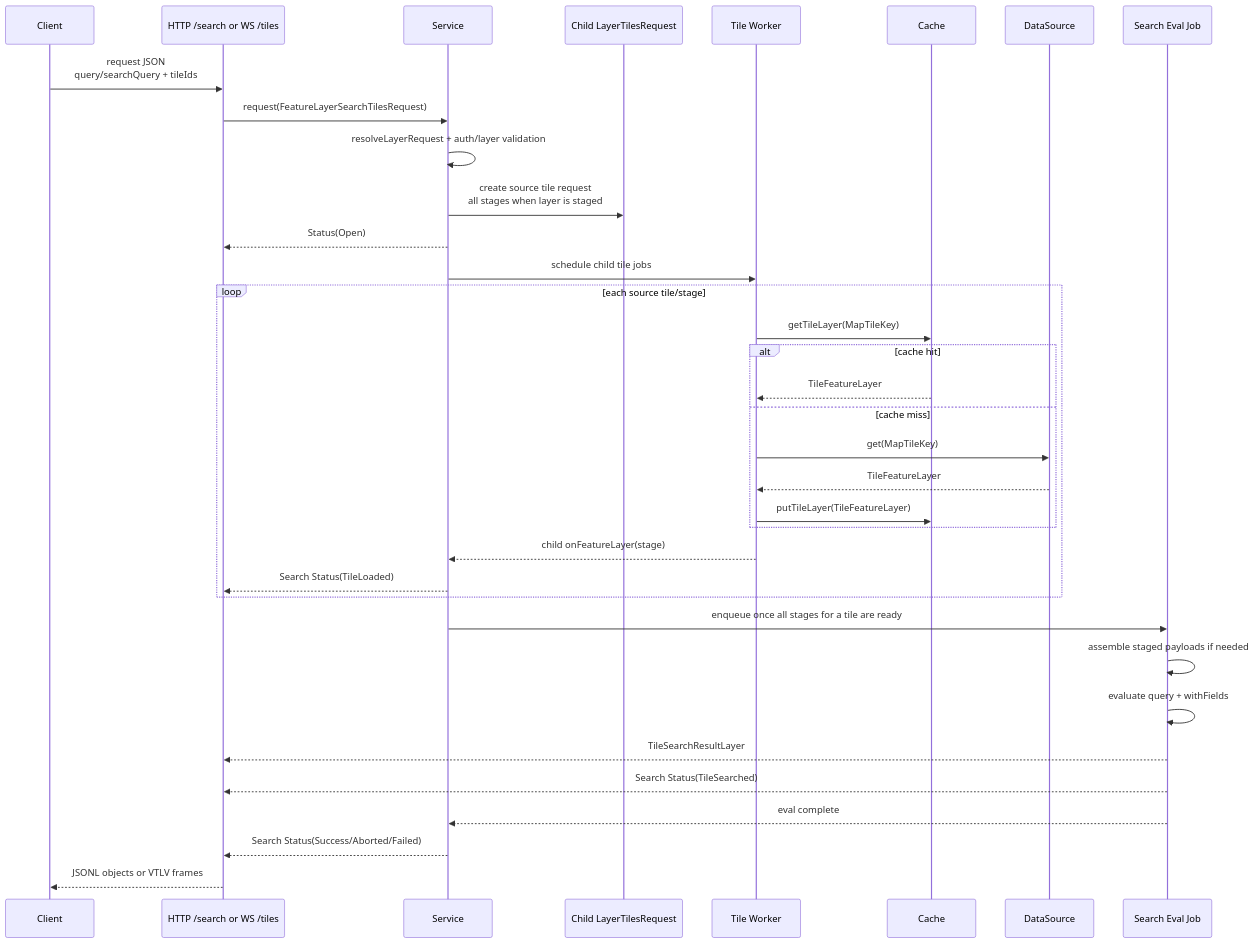
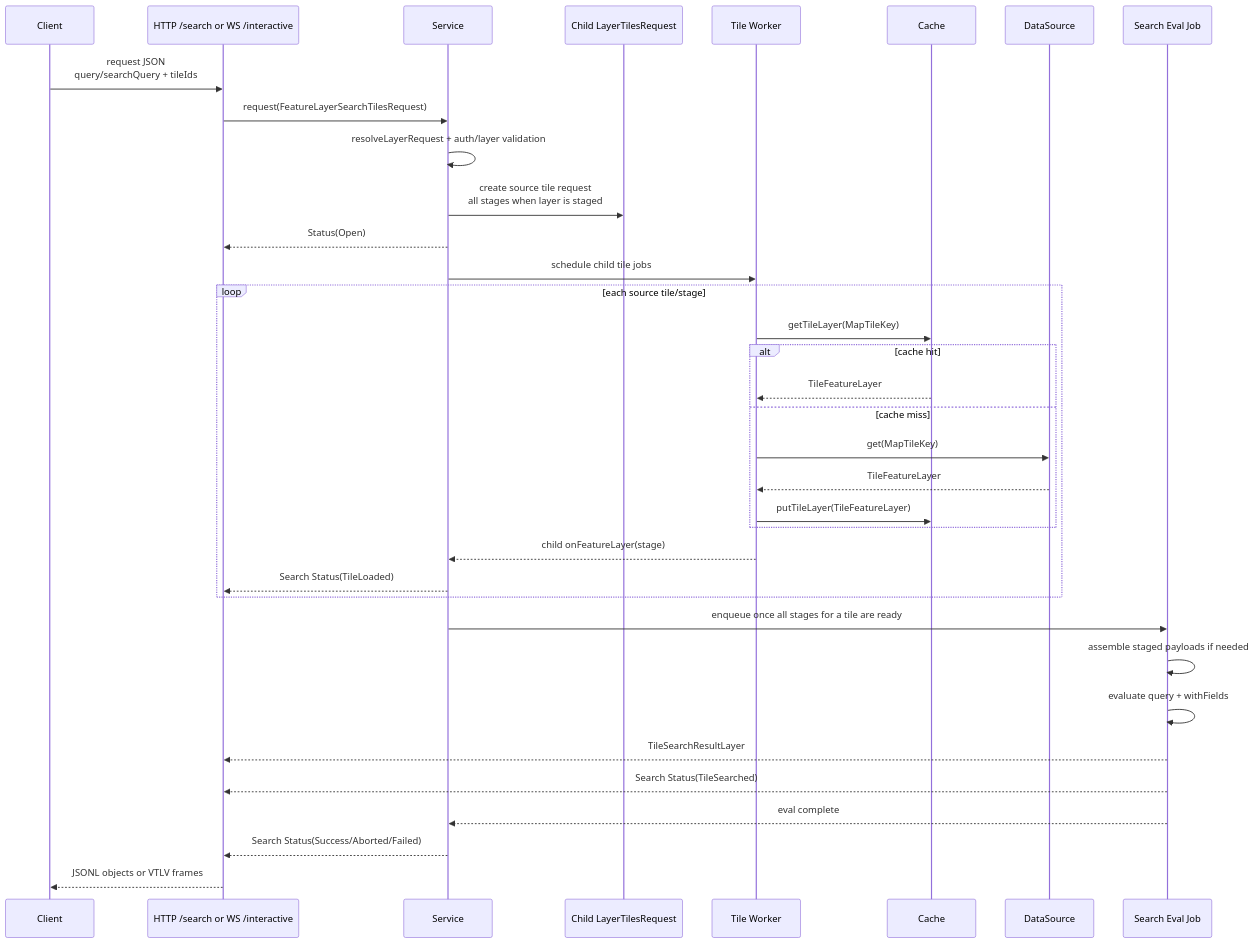
The fifth of 5 diagrams in docs/mapget-dev-guide.md (ndsev/mapget), drawn with Mermaid before and after one commit. The commit also changed other lines of this file and 18 other files, not shown here.

````diff
--- a/docs/mapget-dev-guide.md
+++ b/docs/mapget-dev-guide.md
@@ -286,38 +288,38 @@
 ```mermaid
 sequenceDiagram
   participant Client
-  participant Transport as HTTP /search or WS /tiles
+  participant Transport as HTTP /search or WS /interactive
   participant Service
   participant Child as Child LayerTilesRequest
   participant Worker as Tile Worker
   participant Cache
   participant Ds as DataSource
   participant Search as Search Eval Job
 
   Client->>Transport: request JSON<br/>query/searchQuery + tileIds
   Transport->>Service: request(FeatureLayerSearchTilesRequest)
   Service->>Service: resolveLayerRequest + auth/layer validation
   Service->>Child: create source tile request<br/>all stages when layer is staged
   Service-->>Transport: Status(Open)
   Service->>Worker: schedule child tile jobs
   loop each source tile/stage
     Worker->>Cache: getTileLayer(MapTileKey)
     alt cache hit
       Cache-->>Worker: TileFeatureLayer
     else cache miss
       Worker->>Ds: get(MapTileKey)
       Ds-->>Worker: TileFeatureLayer
       Worker->>Cache: putTileLayer(TileFeatureLayer)
     end
     Worker-->>Service: child onFeatureLayer(stage)
     Service-->>Transport: Search Status(TileLoaded)
   end
   Service->>Search: enqueue once all stages for a tile are ready
   Search->>Search: assemble staged payloads if needed
   Search->>Search: evaluate query + withFields
   Search-->>Transport: TileSearchResultLayer
   Search-->>Transport: Search Status(TileSearched)
   Search-->>Service: eval complete
   Service-->>Transport: Search Status(Success/Aborted/Failed)
   Transport-->>Client: JSONL objects or VTLV frames
 ```
````
